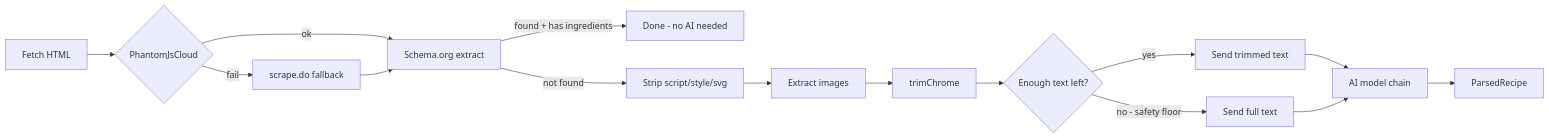
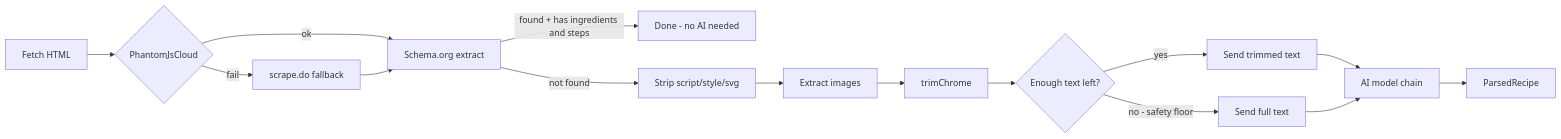
One commit to Sailarn/RecipAI changed the second of 6 diagrams in docs/explanation/parse-pipeline.md. Above: the diagram before and after it, drawn with Mermaid. The commit also changed other lines of this file and 15 other files, not shown here.

````diff
--- a/docs/explanation/parse-pipeline.md
+++ b/docs/explanation/parse-pipeline.md
@@ -28,17 +28,17 @@
 ```mermaid
 graph LR
     A[Fetch HTML] --> B{PhantomJsCloud}
     B -->|fail| C[scrape.do fallback]
     B -->|ok| D[Schema.org extract]
     C --> D
-    D -->|found + has ingredients| E[Done - no AI needed]
+    D -->|found + has ingredients and steps| E[Done - no AI needed]
     D -->|not found| F[Strip script/style/svg]
     F --> G[Extract images]
     G --> H[trimChrome]
     H --> I{Enough text left?}
     I -->|yes| J[Send trimmed text]
     I -->|no - safety floor| K[Send full text]
     J --> L[AI model chain]
     K --> L
     L --> M[ParsedRecipe]
 ```
````
